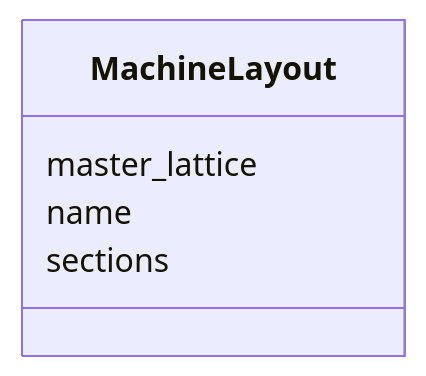
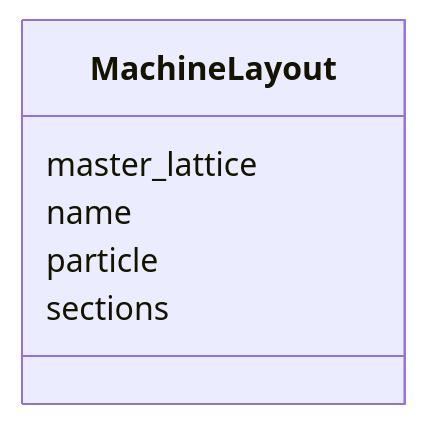
Before and after one commit to astec-stfc/laura: the diagram in docs/source/schema/MachineLayout.md, drawn with Mermaid. The commit also changed other lines of this file and 26 other files, not shown here.

Commit message:
added particle/geometry to section/layout/model, ensure that elementlist classes inherit from their bases, added features to bmad importer

````diff
--- a/docs/source/schema/MachineLayout.md
+++ b/docs/source/schema/MachineLayout.md
@@ -18,12 +18,14 @@
 ```mermaid
  classDiagram
     class MachineLayout
     click MachineLayout href "../MachineLayout/"
       MachineLayout : master_lattice
         
       MachineLayout : name
         
+      MachineLayout : particle
+        
       MachineLayout : sections
         
       
 ```
````
